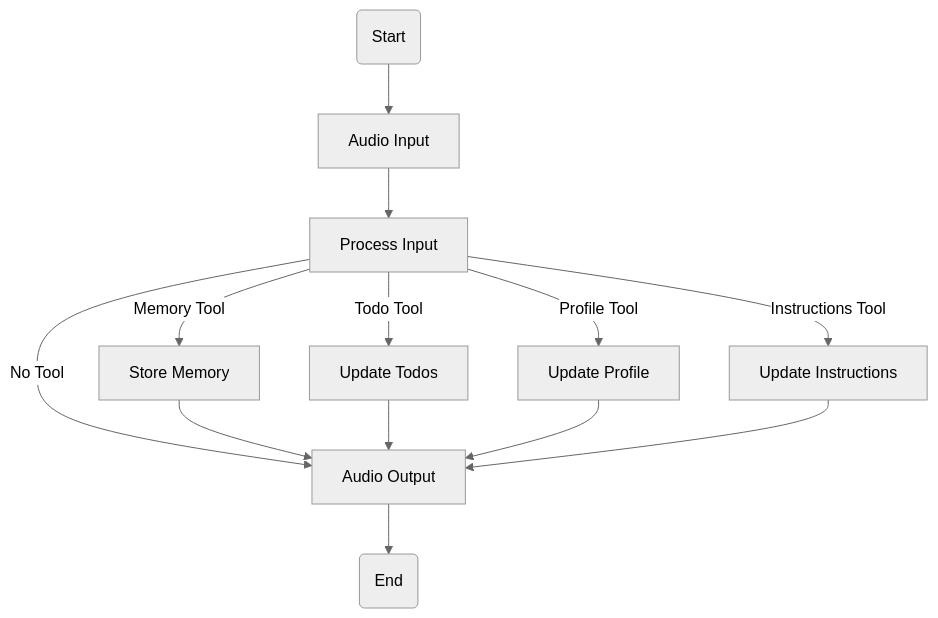
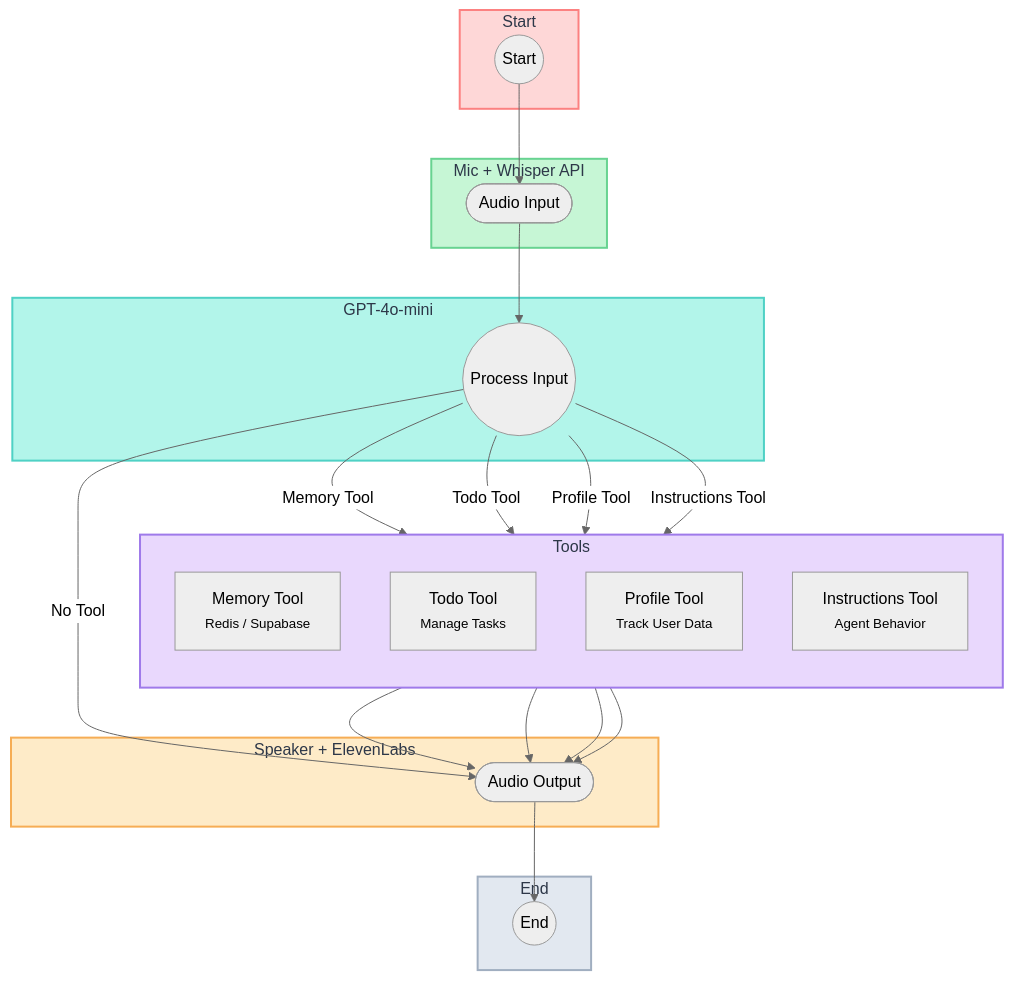
Before and after one commit to von-development/MaltAI: the first of 2 diagrams in README.md, drawn with Mermaid (neutral theme). The commit also changed other lines of this file, not shown here.

````diff
--- a/README.md
+++ b/README.md
@@ -7,18 +37,63 @@
 ```mermaid
-graph TD
-    START(Start) --> AUDIO_IN[Audio Input]
-    AUDIO_IN --> PROCESS[Process Input]
-    
-    PROCESS -->|Memory Tool| STORE[Store Memory]
-    PROCESS -->|Todo Tool| TODOS[Update Todos]
-    PROCESS -->|Profile Tool| PROFILE[Update Profile]
-    PROCESS -->|Instructions Tool| INSTRUCT[Update Instructions]
-    PROCESS -->|No Tool| AUDIO_OUT[Audio Output]
-    
+flowchart TD
+    %% Subgraphs for visual grouping
+    subgraph S1[Start]
+        START((Start))
+    end
+
+    subgraph S2[Mic + Whisper API]
+        AUDIO_IN([Audio Input])
+    end
+
+    subgraph S3[GPT-4o-mini]
+        PROCESS((Process Input))
+    end
+
+    subgraph S4[Tools]
+        direction TB
+        STORE[Memory Tool<br><small>Redis / Supabase</small>]
+        TODOS[Todo Tool<br><small>Manage Tasks</small>]
+        PROFILE[Profile Tool<br><small>Track User Data</small>]
+        INSTRUCT[Instructions Tool<br><small>Agent Behavior</small>]
+    end
+
+    subgraph S5[Speaker + ElevenLabs]
+        AUDIO_OUT([Audio Output])
+    end
+
+    subgraph S6[End]
+        END((End))
+    end
+
+    %% Flow
+    START --> AUDIO_IN
+    AUDIO_IN --> PROCESS
+    PROCESS -->|Memory Tool| STORE
+    PROCESS -->|Todo Tool| TODOS
+    PROCESS -->|Profile Tool| PROFILE
+    PROCESS -->|Instructions Tool| INSTRUCT
+    PROCESS -->|No Tool| AUDIO_OUT
+
     STORE --> AUDIO_OUT
     TODOS --> AUDIO_OUT
     PROFILE --> AUDIO_OUT
     INSTRUCT --> AUDIO_OUT
-    
-    AUDIO_OUT --> END(End)
+
+    AUDIO_OUT --> END
+
+    %% Style Classes
+    classDef startStyle fill:#FED7D7,stroke:#FC8181,stroke-width:2px,color:#2D3748
+    classDef inputStyle fill:#C6F6D5,stroke:#68D391,stroke-width:2px,color:#2D3748
+    classDef processStyle fill:#B2F5EA,stroke:#4FD1C5,stroke-width:2px,color:#2D3748
+    classDef toolsStyle fill:#E9D8FD,stroke:#9F7AEA,stroke-width:2px,color:#2D3748
+    classDef outputStyle fill:#FEEBC8,stroke:#F6AD55,stroke-width:2px,color:#2D3748
+    classDef endStyle fill:#E2E8F0,stroke:#A0AEC0,stroke-width:2px,color:#2D3748
+
+    %% Apply styles to each subgraph
+    class S1 startStyle
+    class S2 inputStyle
+    class S3 processStyle
+    class S4 toolsStyle
+    class S5 outputStyle
+    class S6 endStyle
 ```
````
